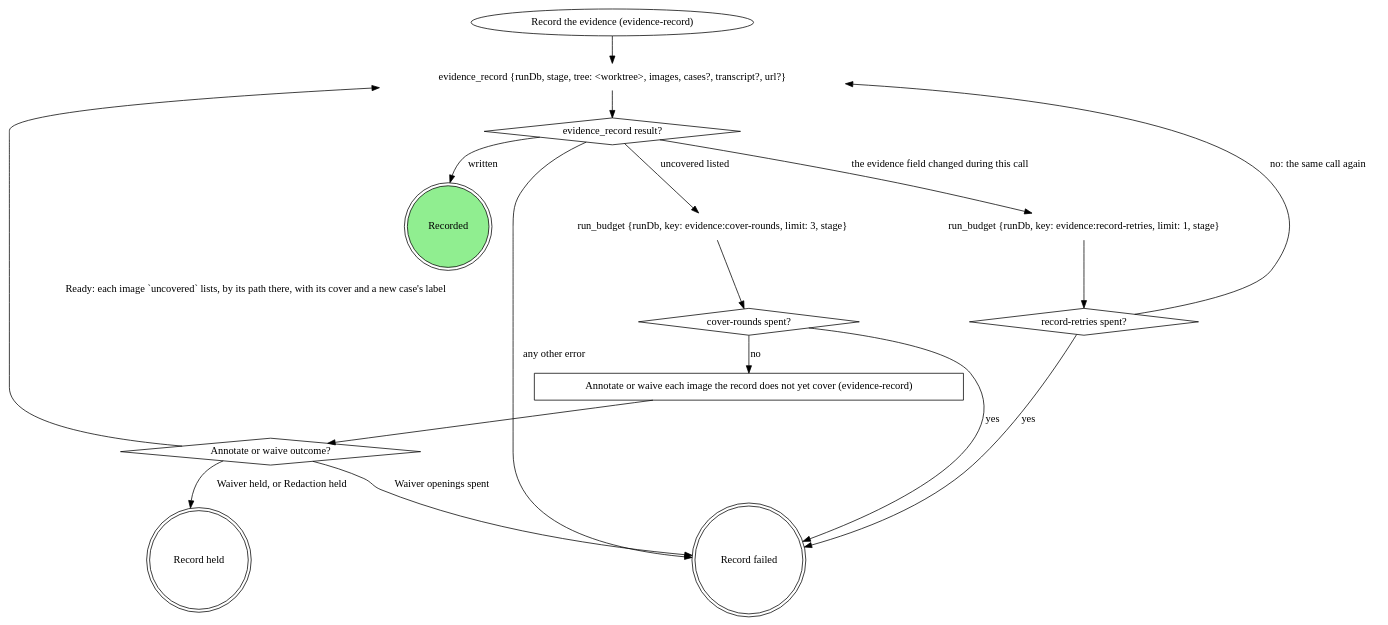
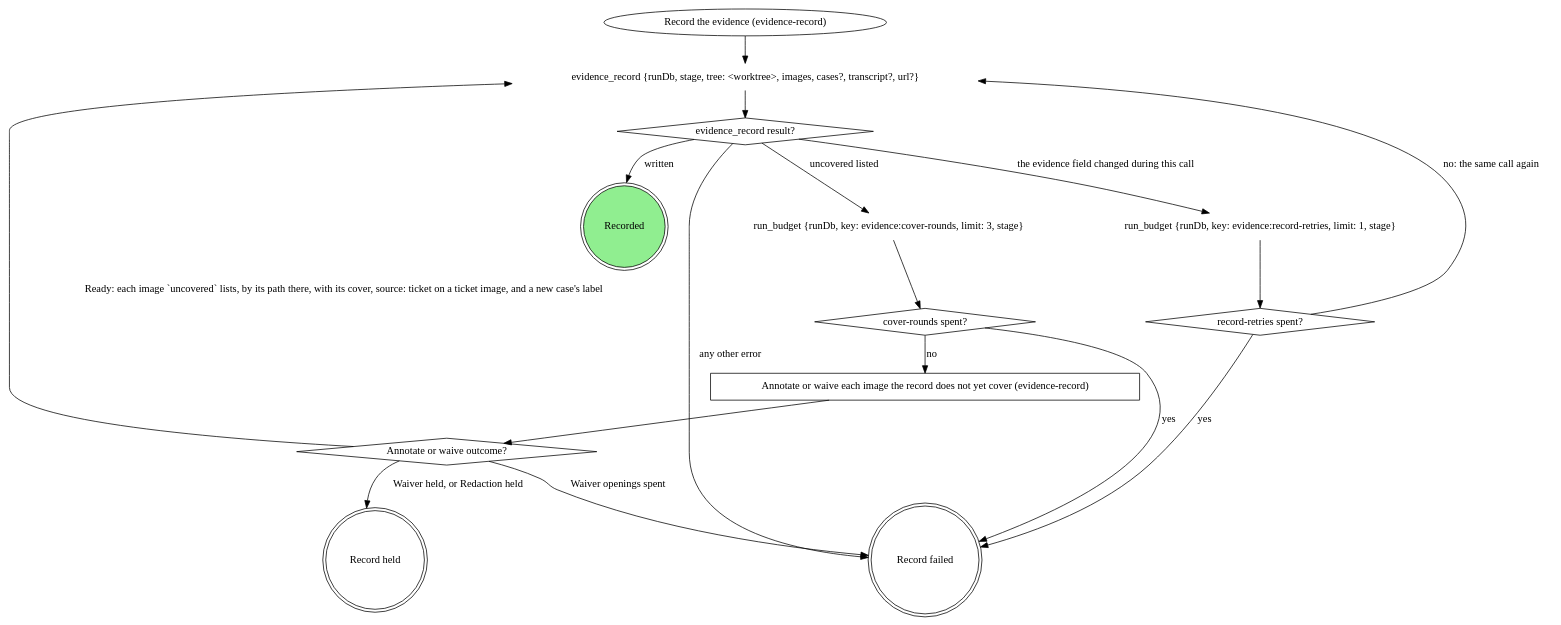
Before and after one commit to m4ttstack/mattstack: the first of 3 diagrams in plugins/mattstack/attachments/evidence-record/SKILL.md, drawn with Graphviz. The commit also changed other lines of this file and 5 other files, not shown here.

Commit message:
evidence skills: a ticket image's later evidence_record calls carry source again; plugin 0.32.3

````diff
--- a/plugins/mattstack/attachments/evidence-record/SKILL.md
+++ b/plugins/mattstack/attachments/evidence-record/SKILL.md
@@ -39,31 +39,31 @@
 ```dot
 digraph record_evidence {
     record_evidence [label="Record the evidence (evidence-record)" shape=ellipse];
     evidence_record [label="evidence_record {runDb, stage, tree: <worktree>, images, cases?, transcript?, url?}" shape=plaintext];
     record_result [label="evidence_record result?" shape=diamond];
     run_budget_cover [label="run_budget {runDb, key: evidence:cover-rounds, limit: 3, stage}" shape=plaintext];
     cover_rounds_spent [label="cover-rounds spent?" shape=diamond];
     annotate_or_waive [label="Annotate or waive each image the record does not yet cover (evidence-record)" shape=box];
     annotate_outcome [label="Annotate or waive outcome?" shape=diamond];
     run_budget_retries [label="run_budget {runDb, key: evidence:record-retries, limit: 1, stage}" shape=plaintext];
     record_retries_spent [label="record-retries spent?" shape=diamond];
     recorded [label="Recorded" shape=doublecircle style=filled fillcolor=lightgreen];
     record_held [label="Record held" shape=doublecircle];
     record_failed [label="Record failed" shape=doublecircle];
 
     record_evidence -> evidence_record -> record_result;
     record_result -> recorded [label="written"];
     record_result -> run_budget_cover [label="uncovered listed"];
     record_result -> run_budget_retries [label="the evidence field changed during this call"];
     record_result -> record_failed [label="any other error"];
     run_budget_cover -> cover_rounds_spent;
     cover_rounds_spent -> annotate_or_waive [label="no"];
     annotate_or_waive -> annotate_outcome;
-    annotate_outcome -> evidence_record [label="Ready: each image `uncovered` lists, by its path there, with its cover and a new case's label"];
+    annotate_outcome -> evidence_record [label="Ready: each image `uncovered` lists, by its path there, with its cover, source: ticket on a ticket image, and a new case's label"];
     annotate_outcome -> record_held [label="Waiver held, or Redaction held"];
     annotate_outcome -> record_failed [label="Waiver openings spent"];
     run_budget_retries -> record_retries_spent;
     record_retries_spent -> evidence_record [label="no: the same call again"];
     {cover_rounds_spent record_retries_spent} -> record_failed [label="yes"];
 }
 ```
````
